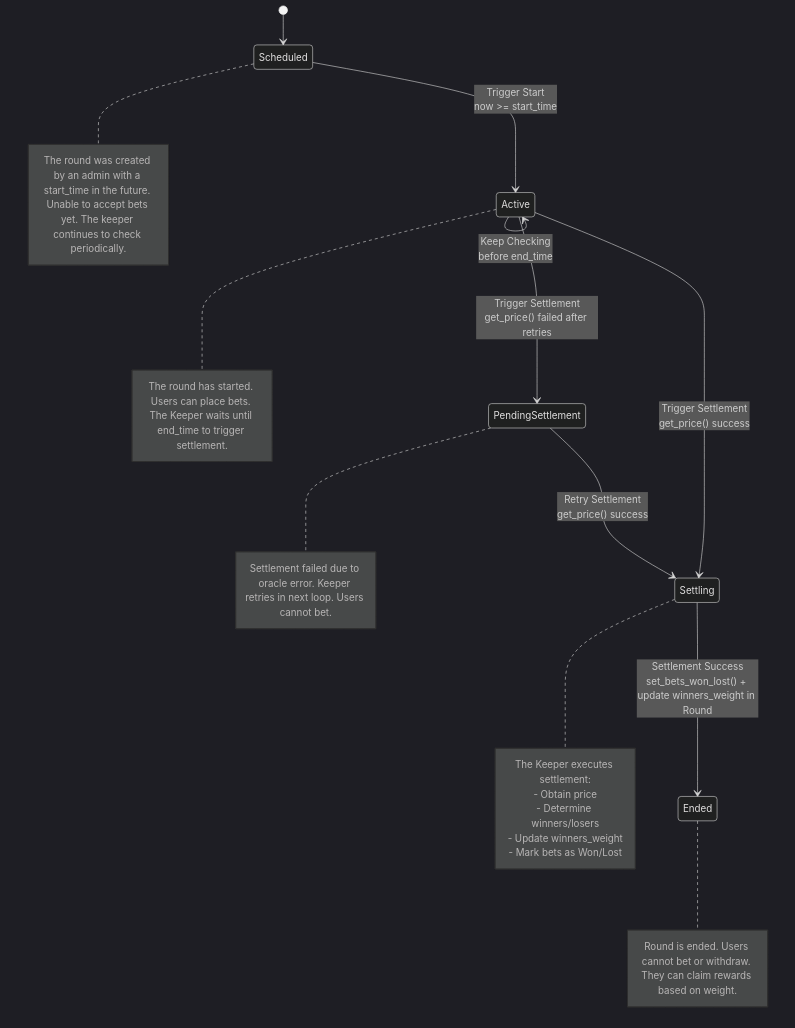
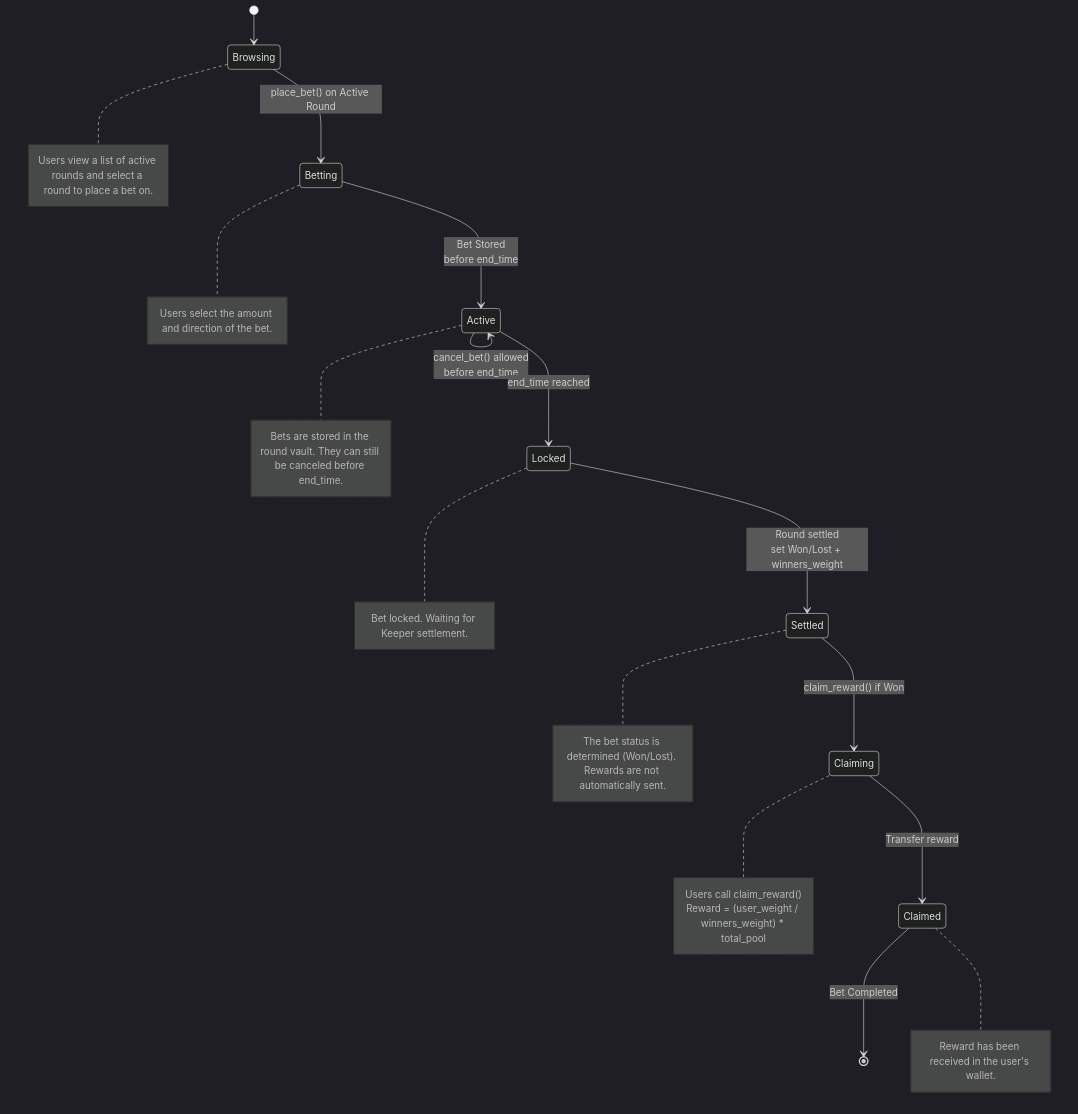
One commit to muhammad-akbrrr/gold-rush-smartcontract changed the seventh of 7 diagrams in README.md. Above: the diagram before and after it, drawn with Mermaid (dark theme). The commit also changed other lines of this file, not shown here.

Commit message:
feat(readme): reward calculation

````diff
--- a/README.md
+++ b/README.md
@@ -302,38 +293,45 @@
 ```mermaid
 stateDiagram-v2
-    [*] --> Scheduled
+    [*] --> Browsing
 
-    Scheduled --> Active: Trigger Start<br/>now >= start_time
-    Active --> Active: Keep Checking<br/>before end_time
+    Browsing --> Betting: place_bet() on Active Round
+    Betting --> Active: Bet Stored<br/>before end_time
 
-    Active --> PendingSettlement: Trigger Settlement<br/>get_price() failed after retries
-    Active --> Settling: Trigger Settlement<br/>get_price() success
+    Active --> Active: cancel_bet() allowed<br/>before end_time
+    Active --> Locked: end_time reached
 
-    PendingSettlement --> Settling: Retry Settlement<br/>get_price() success
+    Locked --> Settled: Round settled<br/>set Won/Lost + winners_weight
+    Settled --> Claiming: claim_reward() if Won
+    Claiming --> Claimed: Transfer reward
 
-    Settling --> Ended: Settlement Success<br/>set_bets_won_lost() + update winners_weight in Round
+    Claimed --> [*]: Bet Completed
 
-    note right of Scheduled
-        The round was created by an admin with a start_time in the future. Unable to accept bets yet. The keeper continues to check periodically.
+    note right of Browsing
+        Users view a list of active rounds and select a round to place a bet on.
+    end note
+
+    note right of Betting
+        Users select the amount and direction of the bet.
     end note
 
     note right of Active
-        The round has started. Users can place bets. The Keeper waits until end_time to trigger settlement.
+        Bets are stored in the round vault. They can still be canceled before end_time.
     end note
 
-    note right of PendingSettlement
-       Settlement failed due to oracle error. Keeper retries in next loop. Users cannot bet.
+    note right of Locked
+        Bet locked. Waiting for Keeper settlement.
     end note
 
-    note right of Settling
-        The Keeper executes settlement:
-        - Obtain price
-        - Determine winners/losers
-        - Update winners_weight
-        - Mark bets as Won/Lost
+    note right of Settled
+        The bet status is determined (Won/Lost). Rewards are not automatically sent.
     end note
 
-    note right of Ended
-        Round is ended. Users cannot bet or withdraw. They can claim rewards based on weight.
+    note right of Claiming
+        Users call claim_reward()
+        Reward = (user_weight / winners_weight) * total_pool
+    end note
+
+    note right of Claimed
+        Reward has been received in the user's wallet.
     end note
 ```
````
